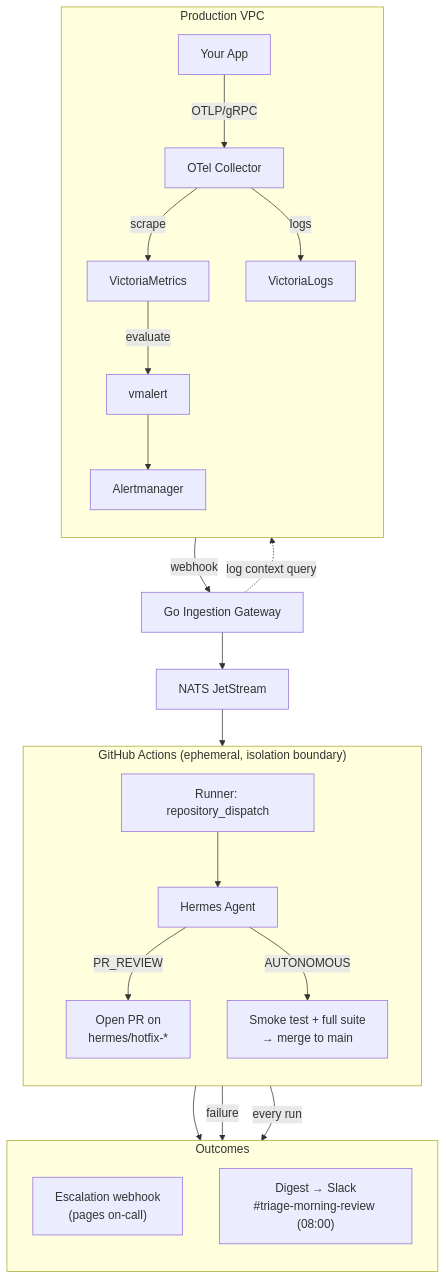
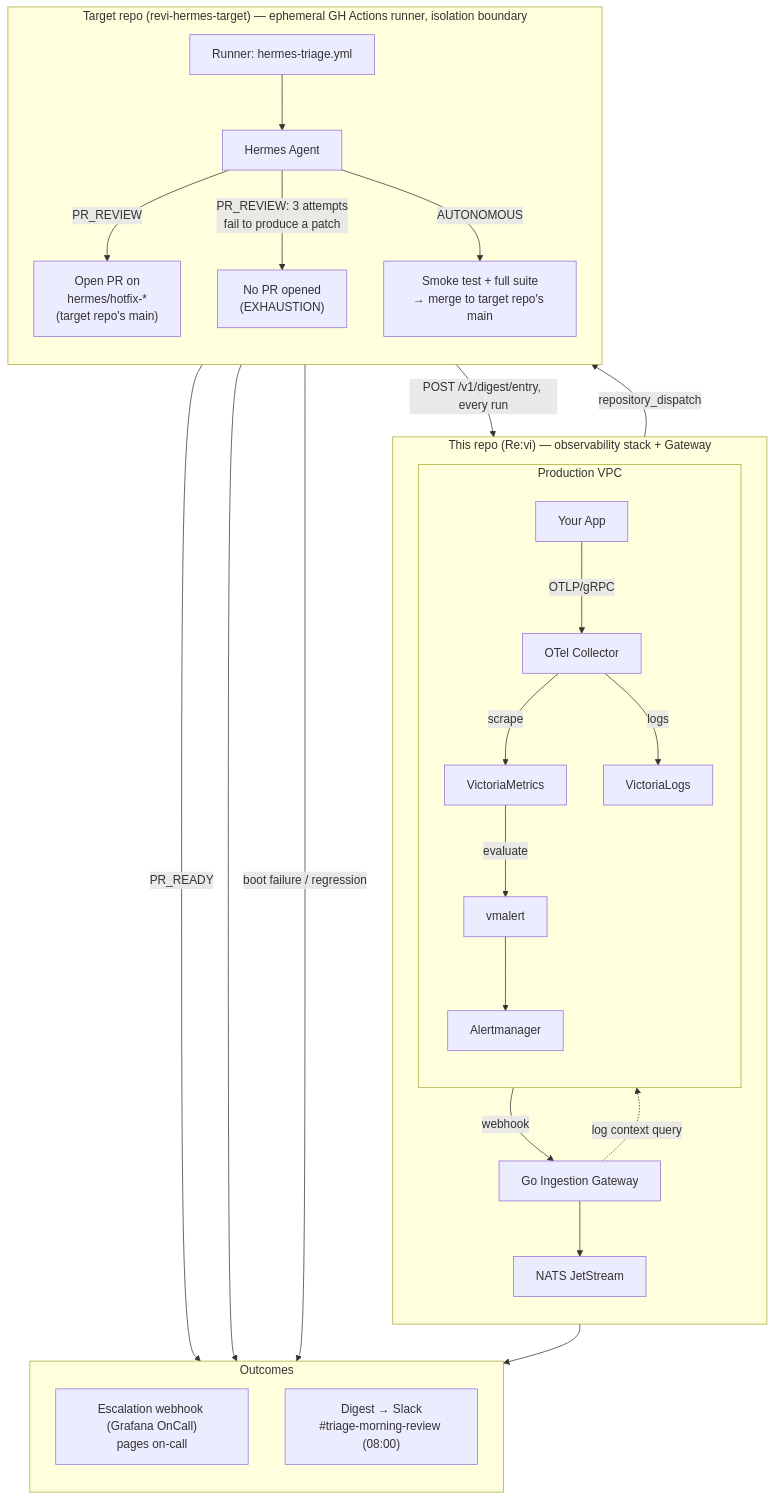
Before and after one commit to bookang869/Re-vi: the diagram in README.md, drawn with Mermaid. The commit also changed other lines of this file, not shown here.

Commit message:
docs(readme): clarify escalation paths in architecture diagram
Show that PR_REVIEW's 3-attempt exhaustion pages on-call too, not just
PR_READY and AUTONOMOUS failures. Name Grafana OnCall as the configured
escalation provider to match the concrete Slack digest label.

````diff
--- a/README.md
+++ b/README.md
@@ -41,34 +46,40 @@
 ```mermaid
 flowchart TD
-    subgraph VPC["Production VPC"]
+    subgraph THISREPO["This repo (Re:vi) — observability stack + Gateway"]
         direction TB
-        App["Your App"] -->|OTLP/gRPC| Otel["OTel Collector"]
-        Otel -->|scrape| VM["VictoriaMetrics"]
-        Otel -->|logs| VL["VictoriaLogs"]
-        VM -->|evaluate| vmalert["vmalert"]
-        vmalert --> AM["Alertmanager"]
+        subgraph VPC["Production VPC"]
+            direction TB
+            App["Your App"] -->|OTLP/gRPC| Otel["OTel Collector"]
+            Otel -->|scrape| VM["VictoriaMetrics"]
+            Otel -->|logs| VL["VictoriaLogs"]
+            VM -->|evaluate| vmalert["vmalert"]
+            vmalert --> AM["Alertmanager"]
+        end
+
+        AM -->|webhook| GW["Go Ingestion Gateway"]
+        GW -.->|log context query| VL
+        GW --> NATS["NATS JetStream"]
     end
 
-    AM -->|webhook| GW["Go Ingestion Gateway"]
-    GW -.->|log context query| VL
-    GW --> NATS["NATS JetStream"]
+    NATS -->|repository_dispatch| GHA
 
-    subgraph RUNNER["GitHub Actions (ephemeral, isolation boundary)"]
+    subgraph TARGETREPO["Target repo (revi-hermes-target) — ephemeral GH Actions runner, isolation boundary"]
         direction TB
-        GHA["Runner: repository_dispatch"] --> Hermes["Hermes Agent"]
-        Hermes -->|PR_REVIEW| PR["Open PR on<br/>hermes/hotfix-*"]
-        Hermes -->|AUTONOMOUS| Merge["Smoke test + full suite<br/>→ merge to main"]
+        GHA["Runner: hermes-triage.yml"] --> Hermes["Hermes Agent"]
+        Hermes -->|PR_REVIEW| PR["Open PR on<br/>hermes/hotfix-*<br/>(target repo's main)"]
+        Hermes -->|"PR_REVIEW: 3 attempts<br/>fail to produce a patch"| Exhaustion["No PR opened<br/>(EXHAUSTION)"]
+        Hermes -->|AUTONOMOUS| Merge["Smoke test + full suite<br/>→ merge to target repo's main"]
     end
-
-    NATS --> GHA
 
     subgraph OUT["Outcomes"]
         direction TB
-        ESC["Escalation webhook<br/>(pages on-call)"]
+        ESC["Escalation webhook (Grafana OnCall)<br/>pages on-call"]
         Digest["Digest → Slack<br/>#triage-morning-review (08:00)"]
     end
 
-    PR --> ESC
-    Merge -->|failure| ESC
-    GHA -->|every run| Digest
+    PR -->|PR_READY| ESC
+    Exhaustion --> ESC
+    Merge -->|"boot failure / regression"| ESC
+    GHA -->|POST /v1/digest/entry, every run| GW
+    GW --> Digest
 ```
````
